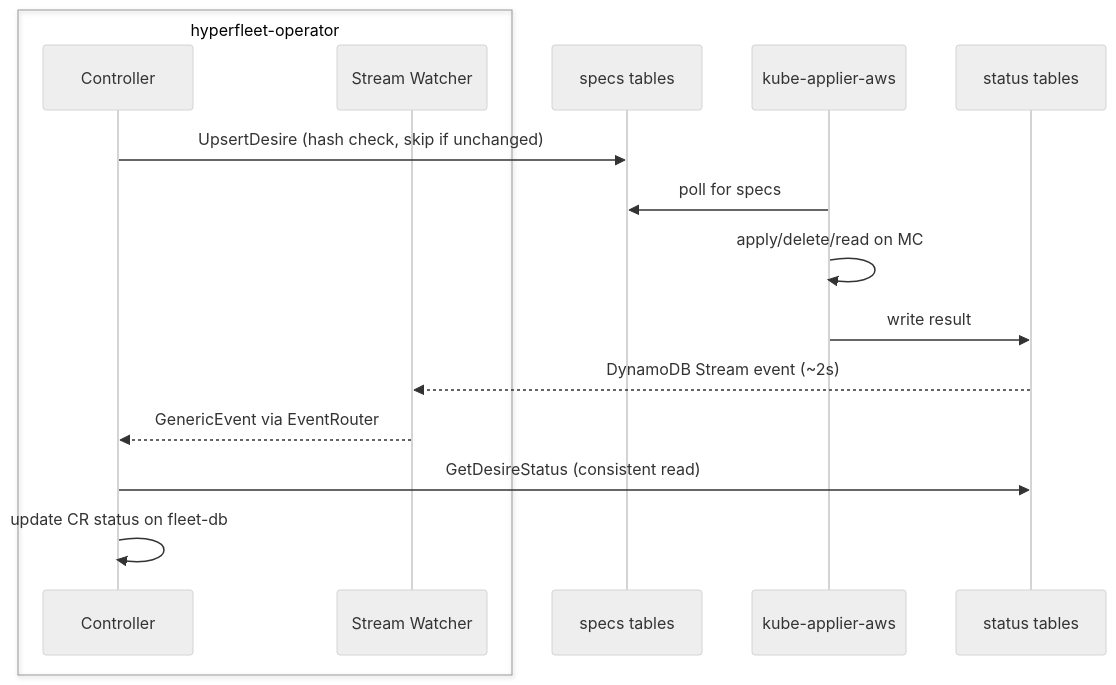
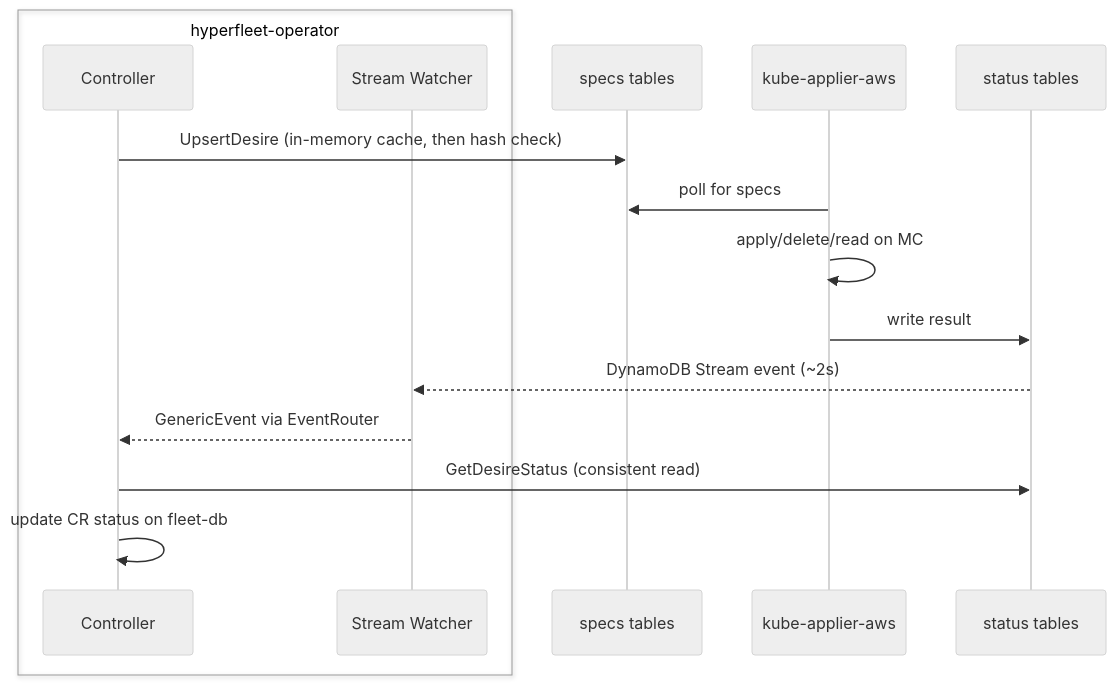
The diagram in docs/dynamodb-strategy.md (typeid/hyperfleet-operator), drawn with Mermaid (neutral theme) before and after one commit. The commit also changed other lines of this file and 7 other files, not shown here.

````diff
--- a/docs/dynamodb-strategy.md
+++ b/docs/dynamodb-strategy.md
@@ -5,19 +5,19 @@
 ```mermaid
 sequenceDiagram
     box hyperfleet-operator
         participant C as Controller
         participant W as Stream Watcher
     end
     participant Specs as specs tables
     participant KA as kube-applier-aws
     participant Status as status tables
 
-    C->>Specs: UpsertDesire (hash check, skip if unchanged)
+    C->>Specs: UpsertDesire (in-memory cache, then hash check)
     KA->>Specs: poll for specs
     KA->>KA: apply/delete/read on MC
     KA->>Status: write result
     Status-->>W: DynamoDB Stream event (~2s)
     W-->>C: GenericEvent via EventRouter
     C->>Status: GetDesireStatus (consistent read)
     C->>C: update CR status on fleet-db
 ```
````
